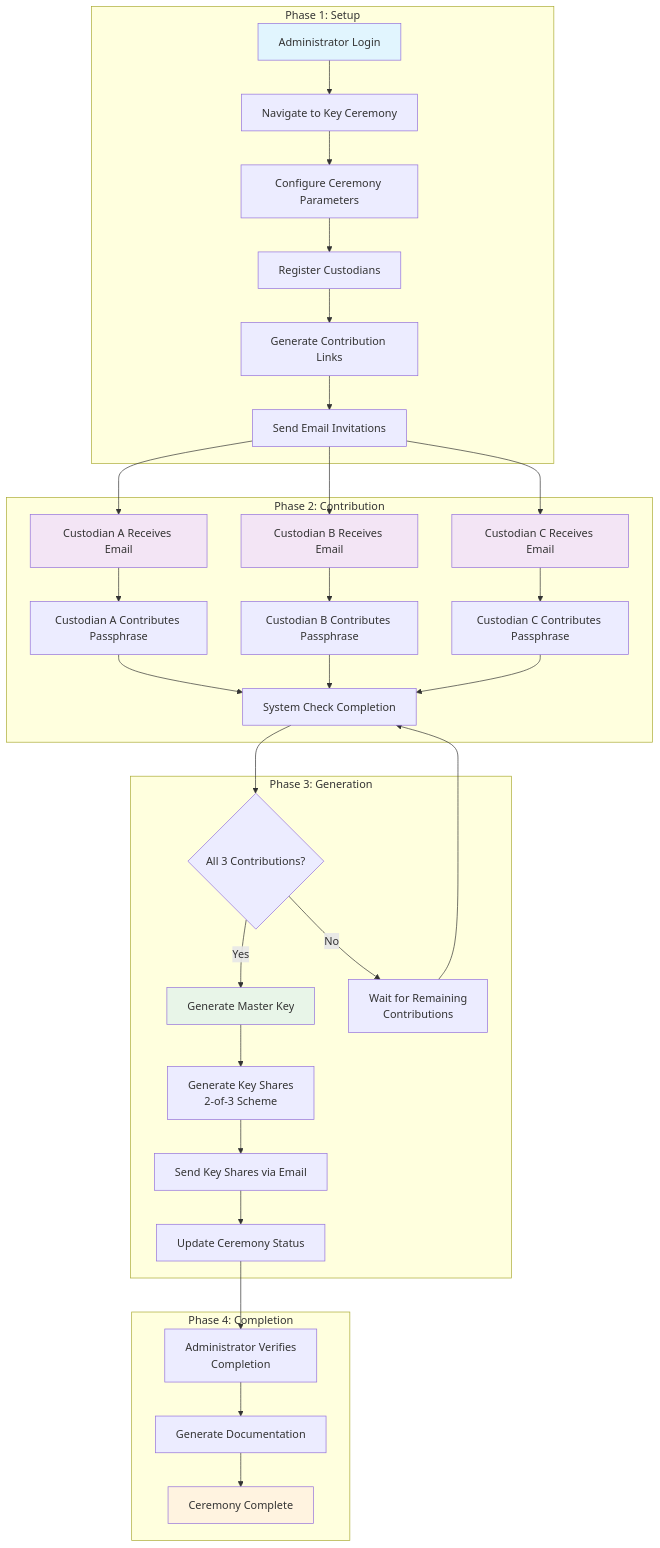
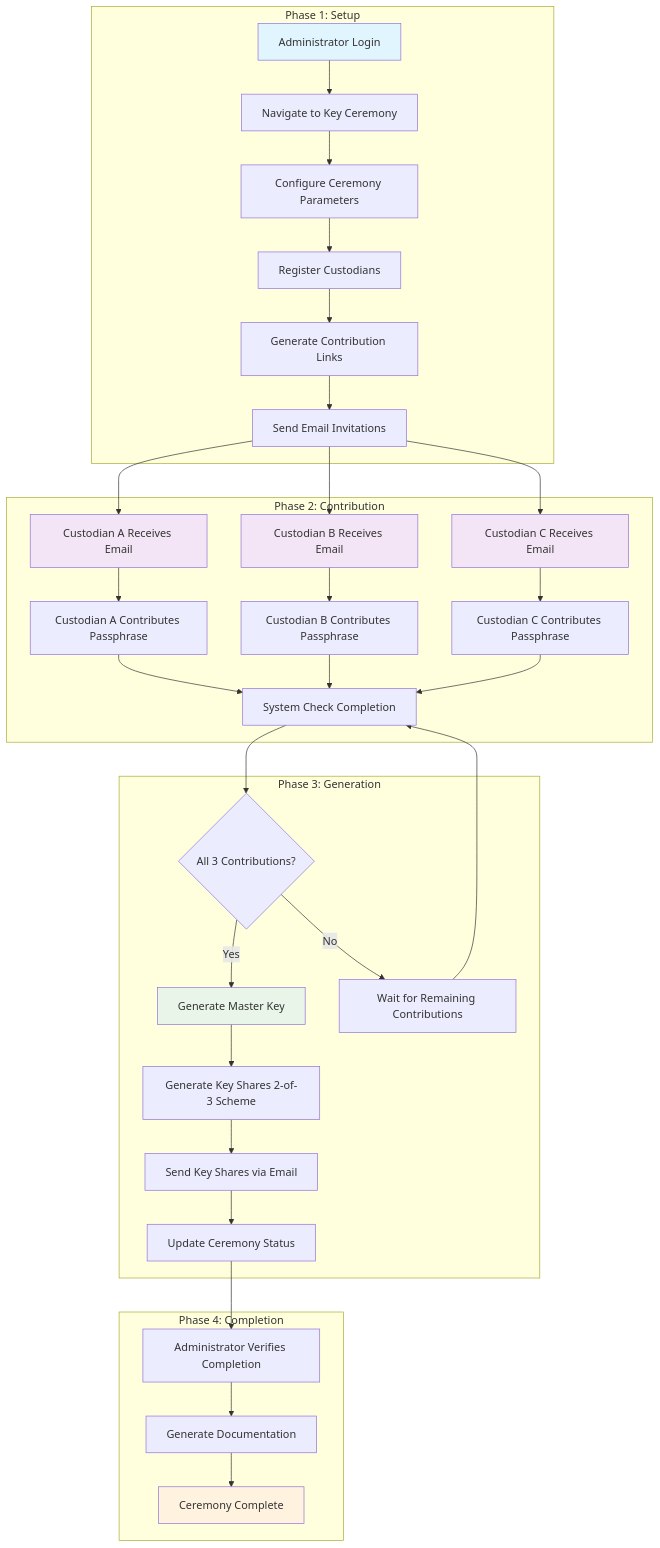
Before and after one commit to artivisi/hsm-simulator: the first of 11 diagrams in docs/user-manual/key-ceremony.md, drawn with Mermaid. The commit also changed other lines of this file and 2 other files, not shown here.

````diff
--- a/docs/user-manual/key-ceremony.md
+++ b/docs/user-manual/key-ceremony.md
@@ -69,48 +69,48 @@
 ```mermaid
 graph TB
     subgraph "Phase 1: Setup"
         A[Administrator Login] --> B[Navigate to Key Ceremony]
         B --> C[Configure Ceremony Parameters]
         C --> D[Register Custodians]
         D --> E[Generate Contribution Links]
         E --> F[Send Email Invitations]
     end
 
     subgraph "Phase 2: Contribution"
         F --> G[Custodian A Receives Email]
         F --> H[Custodian B Receives Email]
         F --> I[Custodian C Receives Email]
 
         G --> J[Custodian A Contributes Passphrase]
         H --> K[Custodian B Contributes Passphrase]
         I --> L[Custodian C Contributes Passphrase]
 
         J --> M[System Check Completion]
         K --> M
         L --> M
     end
 
     subgraph "Phase 3: Generation"
         M --> N{All 3 Contributions?}
         N -->|Yes| O[Generate Master Key]
-        N -->|No| P[Wait for Remaining<br/>Contributions]
+        N -->|No| P[Wait for Remaining Contributions]
         P --> M
 
-        O --> Q[Generate Key Shares<br/>2-of-3 Scheme]
+        O --> Q[Generate Key Shares 2-of-3 Scheme]
         Q --> R[Send Key Shares via Email]
         R --> S[Update Ceremony Status]
     end
 
     subgraph "Phase 4: Completion"
-        S --> T[Administrator Verifies<br/>Completion]
+        S --> T[Administrator Verifies Completion]
         T --> U[Generate Documentation]
         U --> V[Ceremony Complete]
     end
 
     style A fill:#e1f5fe
     style G fill:#f3e5f5
     style H fill:#f3e5f5
     style I fill:#f3e5f5
     style O fill:#e8f5e8
     style V fill:#fff3e0
 ```
````
